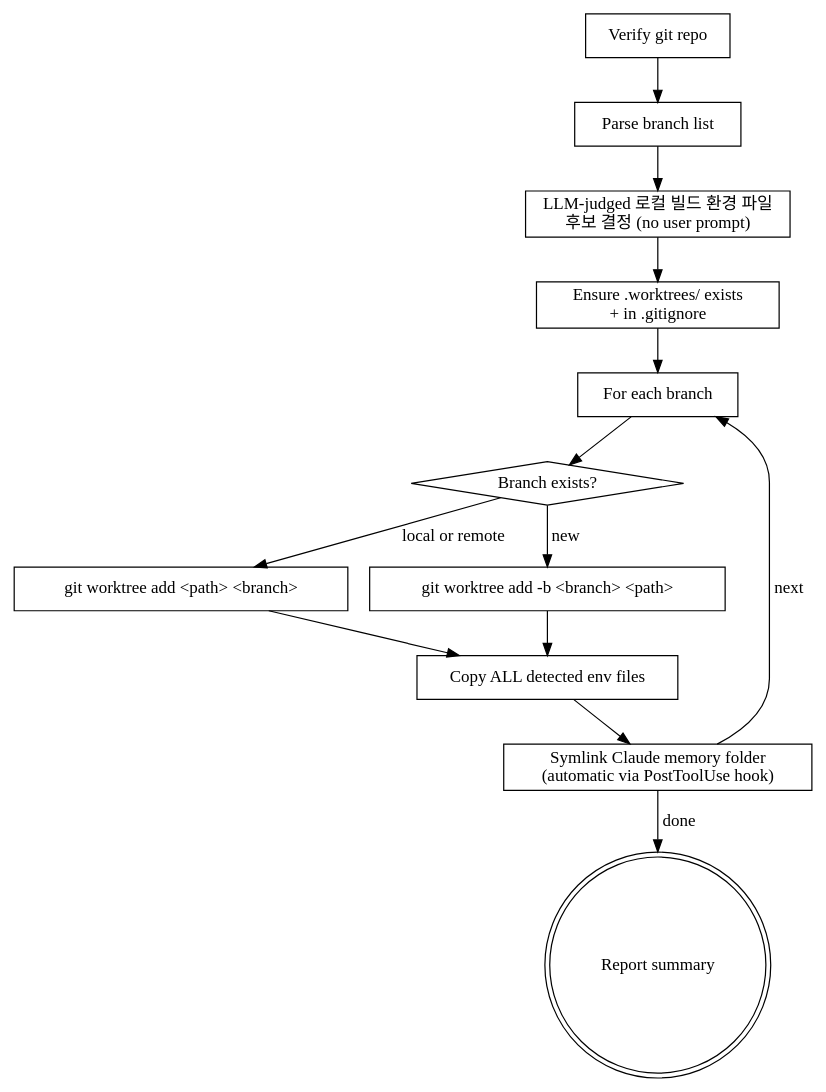
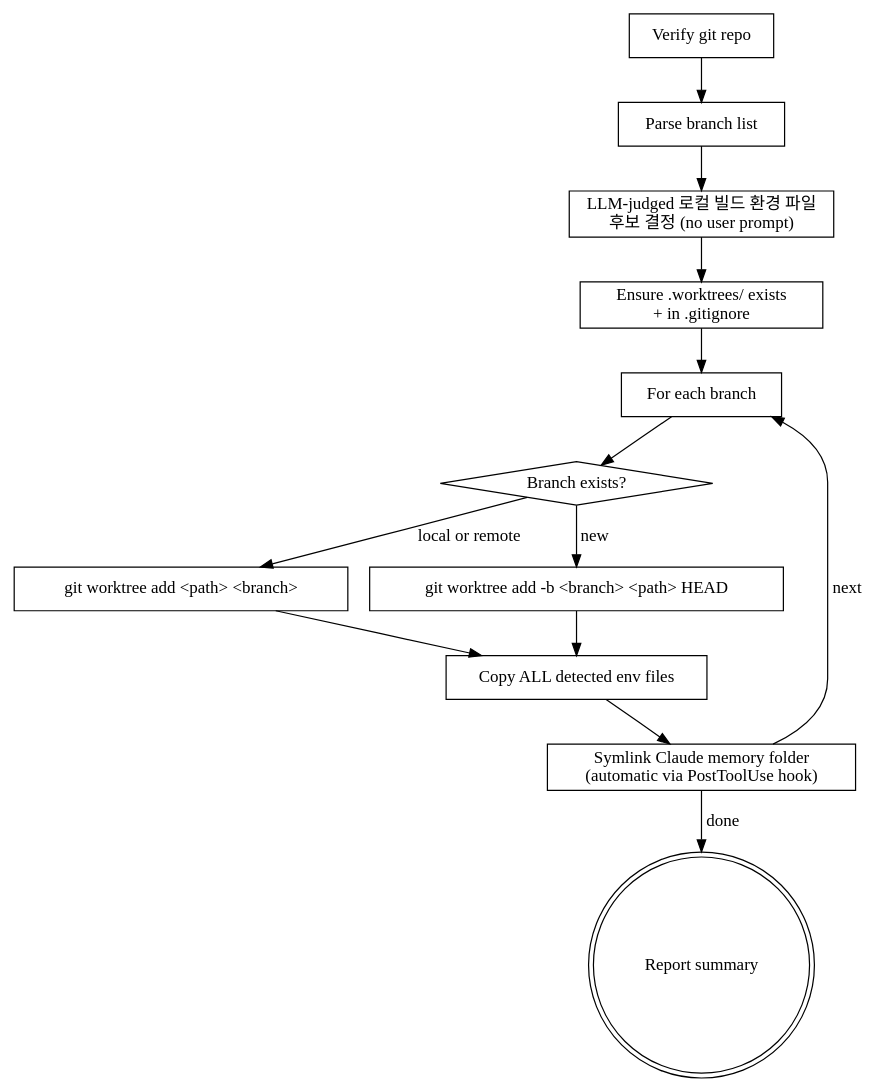
The diagram in skills/setting-up-worktrees/SKILL.md (LonerStayle/js-super), drawn with Graphviz before and after one commit. The commit also changed other lines of this file, not shown here.

Commit message:
feat(worktree): Step 4 브랜치별 개별 add 호출 — 훅 프리픽스 발화 보장

````diff
--- a/skills/setting-up-worktrees/SKILL.md
+++ b/skills/setting-up-worktrees/SKILL.md
@@ -39,28 +39,28 @@
 ```dot
 digraph wt_flow {
     "Verify git repo" [shape=box];
     "Parse branch list" [shape=box];
     "LLM-judged 로컬 빌드 환경 파일\n후보 결정 (no user prompt)" [shape=box];
     "Ensure .worktrees/ exists\n+ in .gitignore" [shape=box];
     "For each branch" [shape=box];
     "Branch exists?" [shape=diamond];
     "git worktree add <path> <branch>" [shape=box];
-    "git worktree add -b <branch> <path>" [shape=box];
+    "git worktree add -b <branch> <path> HEAD" [shape=box];
     "Copy ALL detected env files" [shape=box];
     "Symlink Claude memory folder\n(automatic via PostToolUse hook)" [shape=box];
     "Report summary" [shape=doublecircle];
 
     "Verify git repo" -> "Parse branch list";
     "Parse branch list" -> "LLM-judged 로컬 빌드 환경 파일\n후보 결정 (no user prompt)";
     "LLM-judged 로컬 빌드 환경 파일\n후보 결정 (no user prompt)" -> "Ensure .worktrees/ exists\n+ in .gitignore";
     "Ensure .worktrees/ exists\n+ in .gitignore" -> "For each branch";
     "For each branch" -> "Branch exists?";
     "Branch exists?" -> "git worktree add <path> <branch>" [label="local or remote"];
-    "Branch exists?" -> "git worktree add -b <branch> <path>" [label="new"];
+    "Branch exists?" -> "git worktree add -b <branch> <path> HEAD" [label="new"];
     "git worktree add <path> <branch>" -> "Copy ALL detected env files";
-    "git worktree add -b <branch> <path>" -> "Copy ALL detected env files";
+    "git worktree add -b <branch> <path> HEAD" -> "Copy ALL detected env files";
     "Copy ALL detected env files" -> "Symlink Claude memory folder\n(automatic via PostToolUse hook)";
     "Symlink Claude memory folder\n(automatic via PostToolUse hook)" -> "For each branch" [label="next"];
     "Symlink Claude memory folder\n(automatic via PostToolUse hook)" -> "Report summary" [label="done"];
 }
 ```
````
